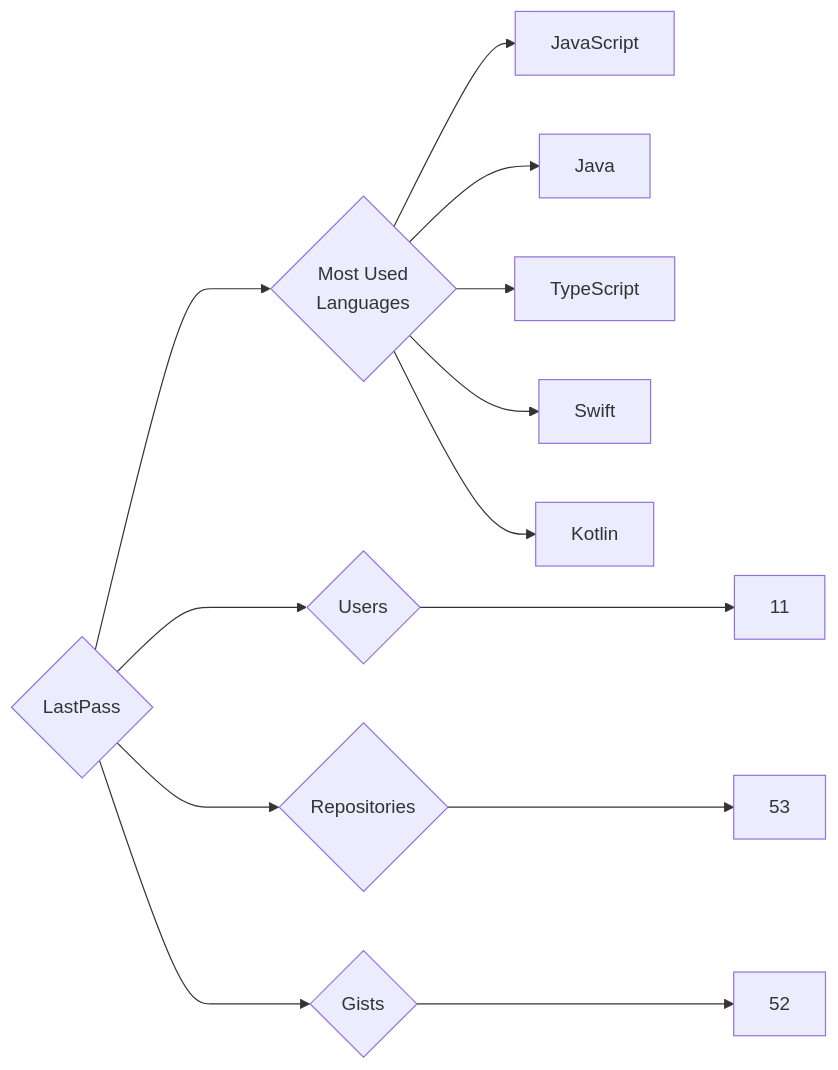
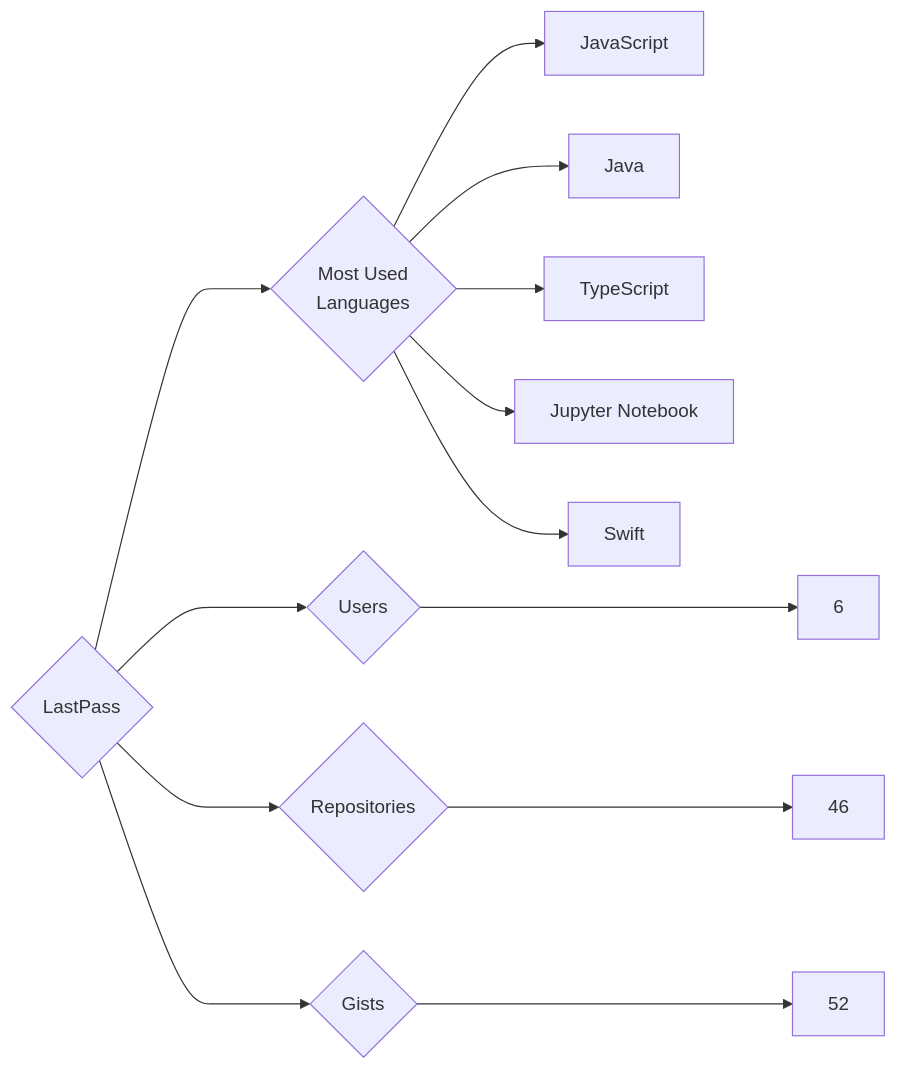
One commit to trickest/insiders changed the diagram in targets/LastPass/README.md. Above: the diagram before and after it, drawn with Mermaid. The commit also changed 891 other files, not shown here.

````diff
--- a/targets/LastPass/README.md
+++ b/targets/LastPass/README.md
@@ -3,13 +3,13 @@
 ```mermaid
 graph LR
 COMPANY_NAME{LastPass}
-COMPANY_NAME ---> U{Users} ---> UN[11]
-COMPANY_NAME ---> R{Repositories} ---> RN[53]
+COMPANY_NAME ---> U{Users} ---> UN[6]
+COMPANY_NAME ---> R{Repositories} ---> RN[46]
 COMPANY_NAME ---> G{Gists} ---> GN[52]
 COMPANY_NAME ---> ML{Most Used<br>Languages}
 ML --> JavaScript[JavaScript]
 ML --> Java[Java]
 ML --> TypeScript[TypeScript]
+ML --> Jupyter_Notebook[Jupyter Notebook]
 ML --> Swift[Swift]
-ML --> Kotlin[Kotlin]
 ```
````
